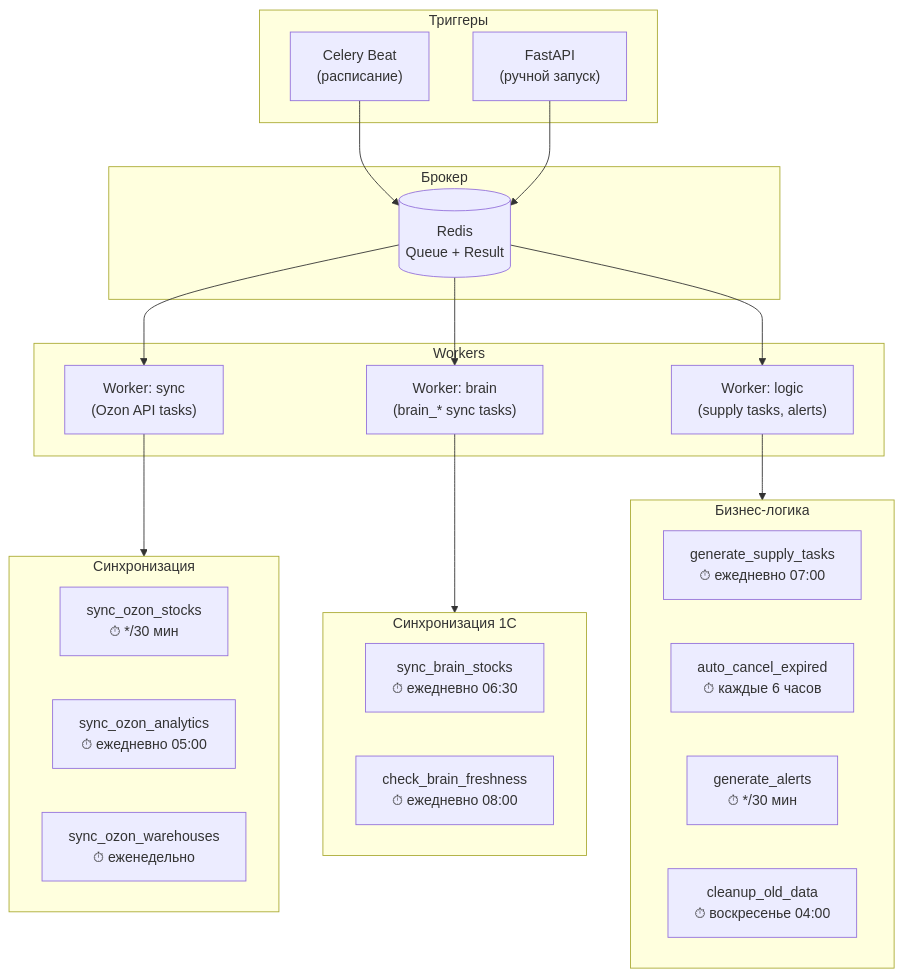
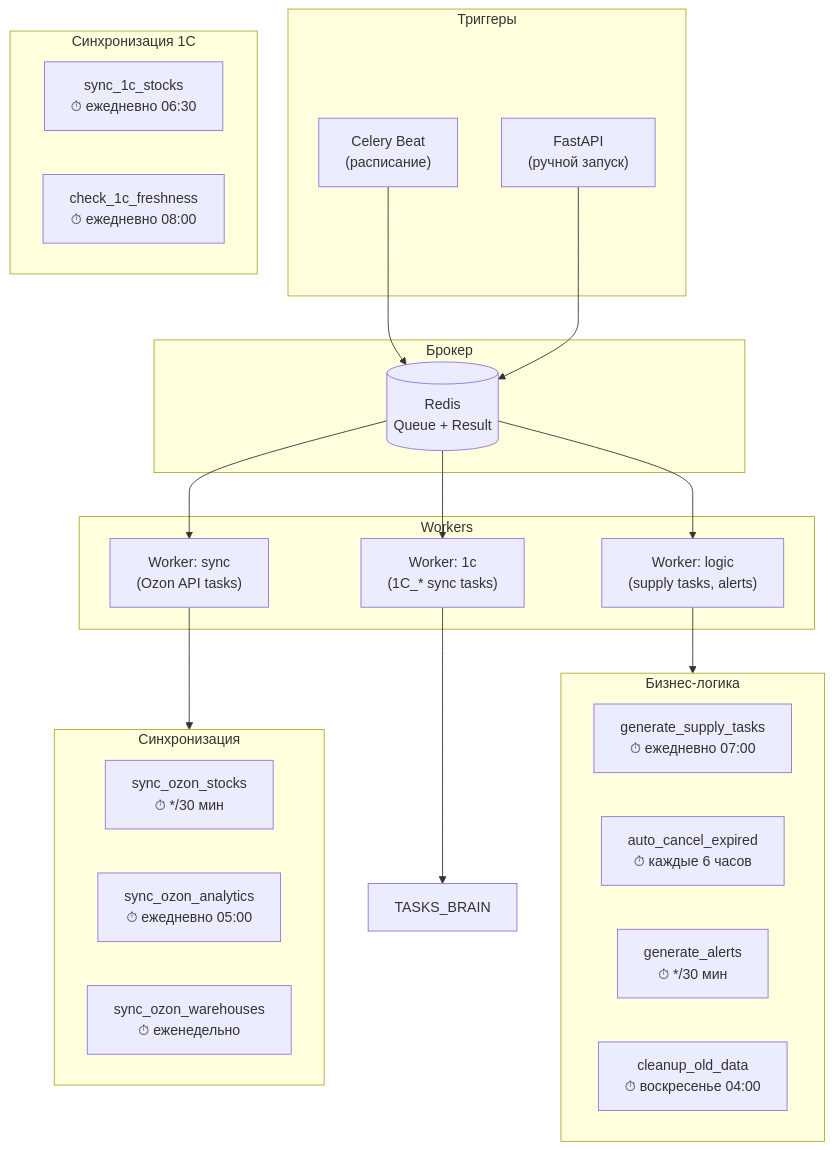
One commit to Sign25/Docs changed the first of 3 diagrams in logistic/adolf_logistic_8_celery.md. Above: the diagram before and after it, drawn with Mermaid. The commit also changed other lines of this file, not shown here.

Commit message:
refactor(logistic): rename brain_* -> 1C_*, update A1 links to 1cexport

````diff
--- a/logistic/adolf_logistic_8_celery.md
+++ b/logistic/adolf_logistic_8_celery.md
@@ -47,42 +47,42 @@
 ```mermaid
 graph TB
     subgraph TRIGGERS["Триггеры"]
         BEAT["Celery Beat<br/>(расписание)"]
         API["FastAPI<br/>(ручной запуск)"]
     end
     
     subgraph BROKER["Брокер"]
         REDIS[(Redis<br/>Queue + Result)]
     end
     
     subgraph WORKERS["Workers"]
         W_SYNC["Worker: sync<br/>(Ozon API tasks)"]
-        W_BRAIN["Worker: brain<br/>(brain_* sync tasks)"]
+        W_ONEC["Worker: 1c<br/>(1C_* sync tasks)"]
         W_LOGIC["Worker: logic<br/>(supply tasks, alerts)"]
     end
     
     subgraph TASKS_SYNC["Синхронизация"]
         SYNC_STOCKS["sync_ozon_stocks<br/>⏱ */30 мин"]
         SYNC_ANALYTICS["sync_ozon_analytics<br/>⏱ ежедневно 05:00"]
         SYNC_WH["sync_ozon_warehouses<br/>⏱ еженедельно"]
     end
     
-    subgraph TASKS_BRAIN["Синхронизация 1С"]
-        SYNC_BRAIN["sync_brain_stocks<br/>⏱ ежедневно 06:30"]
-        CHECK_FRESH["check_brain_freshness<br/>⏱ ежедневно 08:00"]
+    subgraph TASKS_ONEC["Синхронизация 1С"]
+        SYNC_ONEC["sync_1c_stocks<br/>⏱ ежедневно 06:30"]
+        CHECK_FRESH["check_1c_freshness<br/>⏱ ежедневно 08:00"]
     end
     
     subgraph TASKS_LOGIC["Бизнес-логика"]
         GEN_TASKS["generate_supply_tasks<br/>⏱ ежедневно 07:00"]
         AUTO_CANCEL["auto_cancel_expired<br/>⏱ каждые 6 часов"]
         GEN_ALERTS["generate_alerts<br/>⏱ */30 мин"]
         CLEANUP["cleanup_old_data<br/>⏱ воскресенье 04:00"]
     end
     
     BEAT --> REDIS
     API --> REDIS
-    REDIS --> W_SYNC & W_BRAIN & W_LOGIC
+    REDIS --> W_SYNC & W_ONEC & W_LOGIC
     W_SYNC --> TASKS_SYNC
-    W_BRAIN --> TASKS_BRAIN
+    W_ONEC --> TASKS_BRAIN
     W_LOGIC --> TASKS_LOGIC
 ```
````
